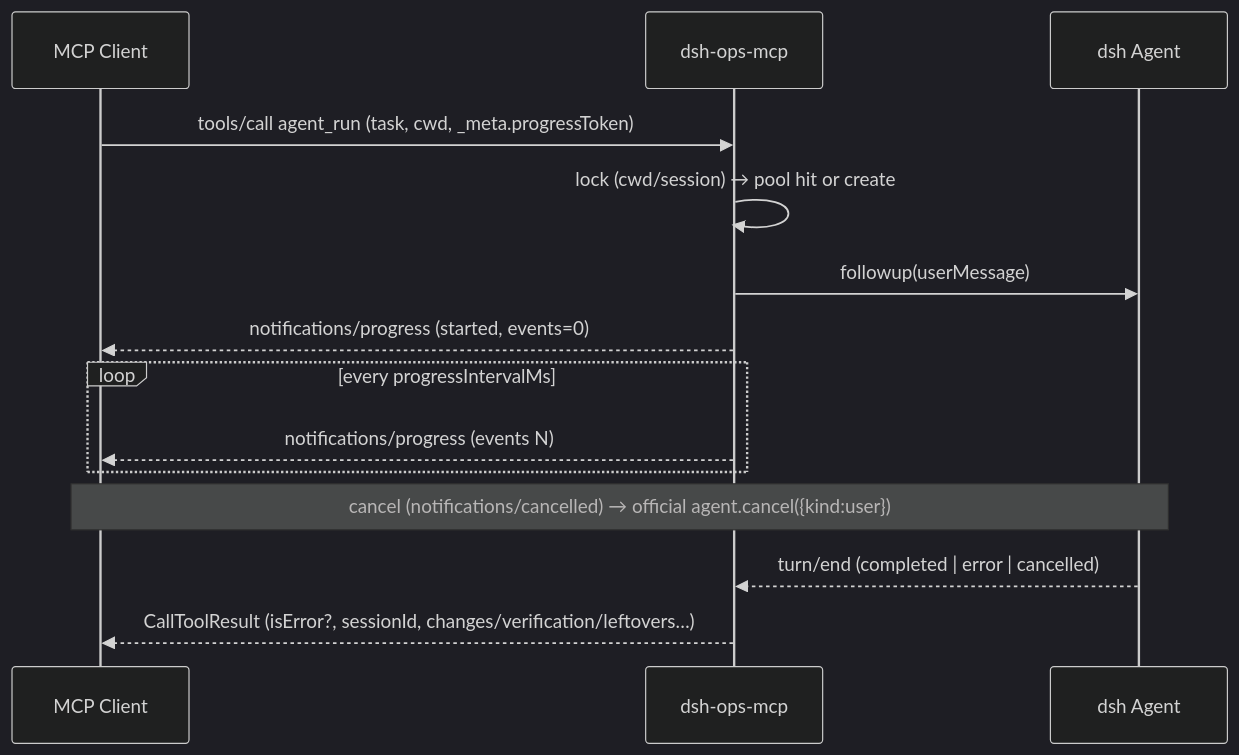
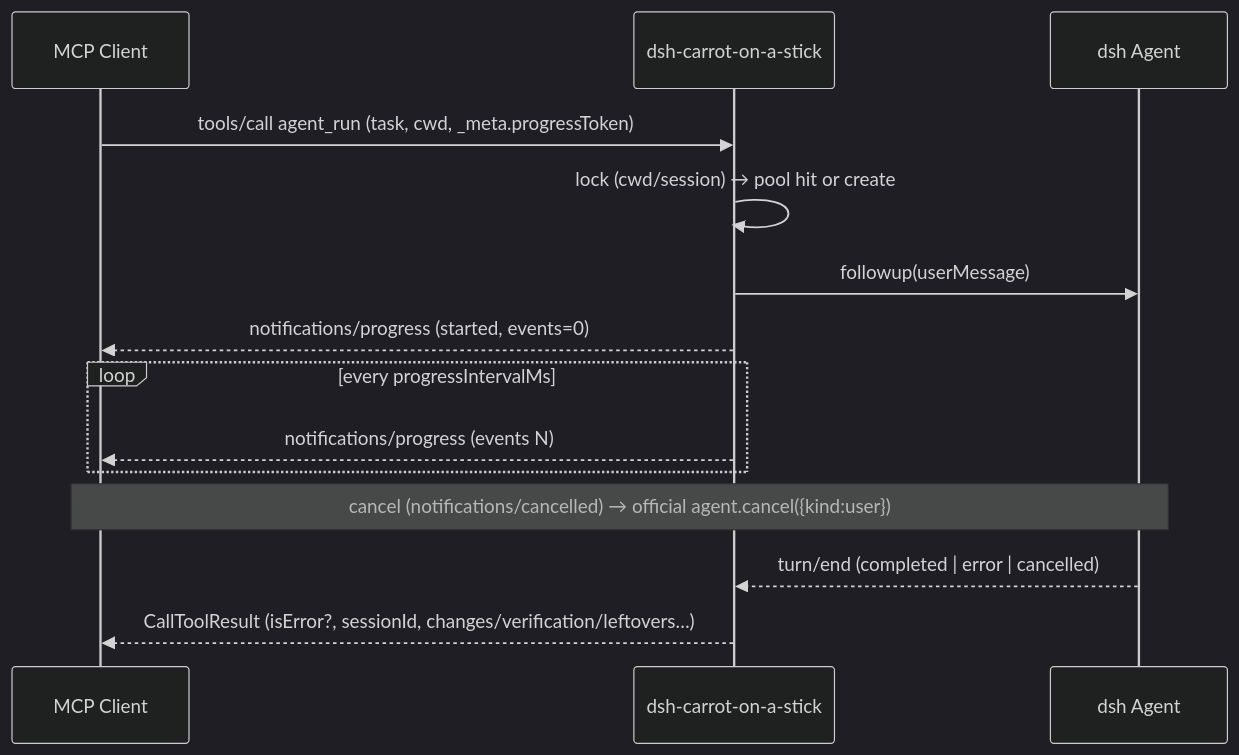
The diagram in README.md (Leawind/dsh-carrot-on-a-stick), drawn with Mermaid (dark theme) before and after one commit. The commit also changed other lines of this file and 11 other files, not shown here.

Commit message:
chore: rename project to dsh-carrot-on-a-stick (DSH Carrot on a Stick)

````diff
--- a/README.md
+++ b/README.md
@@ -28,16 +28,16 @@
 ```mermaid
 sequenceDiagram
     participant C as MCP Client
-    participant S as dsh-ops-mcp
+    participant S as dsh-carrot-on-a-stick
     participant A as dsh Agent
     C->>S: tools/call agent_run (task, cwd, _meta.progressToken)
     S->>S: lock (cwd/session) → pool hit or create
     S->>A: followup(userMessage)
     S-->>C: notifications/progress (started, events=0)
     loop every progressIntervalMs
         S-->>C: notifications/progress (events N)
     end
     Note over C,A: cancel (notifications/cancelled) → official agent.cancel({kind:user})
     A-->>S: turn/end (completed | error | cancelled)
     S-->>C: CallToolResult (isError?, sessionId, changes/verification/leftovers…)
 ```
````
